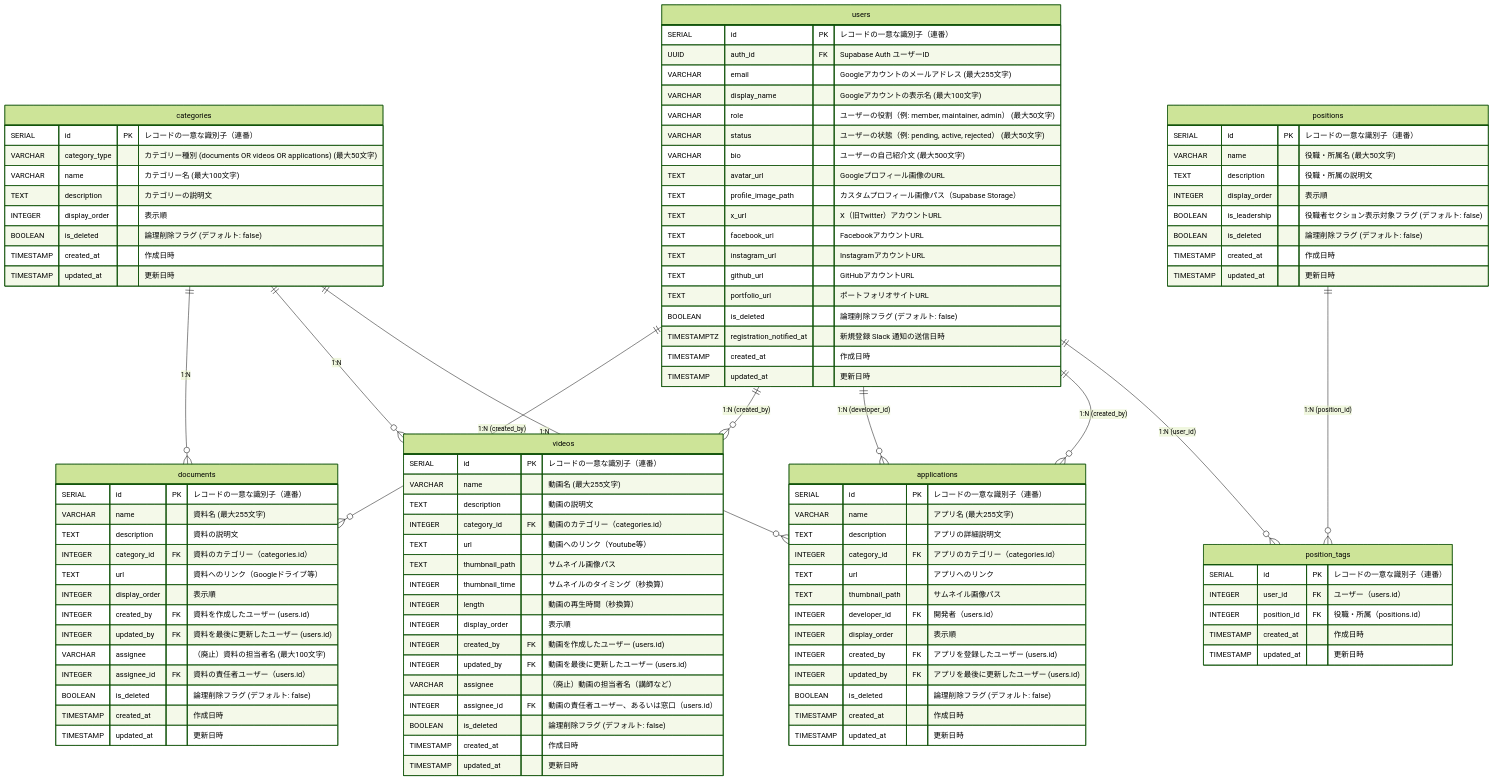
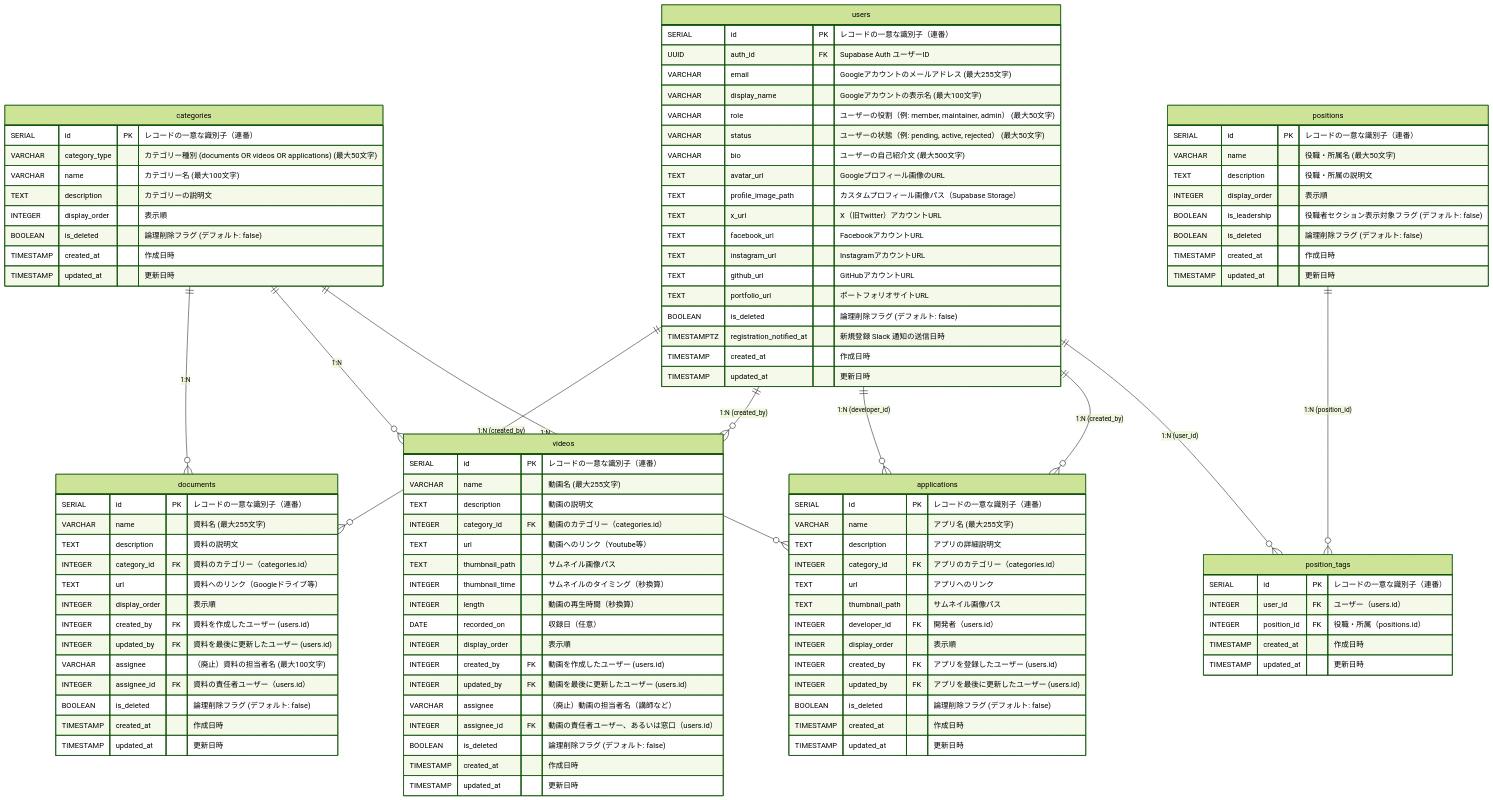
Before and after one commit to Singuralitylabs/portal-site: the diagram in docs/database.md, drawn with Mermaid (forest theme). The commit also changed other lines of this file and 2 other files, not shown here.

```diff
--- a/docs/database.md
+++ b/docs/database.md
@@ -211,6 +218,7 @@
         TEXT thumbnail_path "サムネイル画像パス"
         INTEGER thumbnail_time "サムネイルのタイミング（秒換算）"
         INTEGER length "動画の再生時間（秒換算）"
+        DATE recorded_on "収録日（任意）"
         INTEGER display_order "表示順"
         INTEGER created_by FK "動画を作成したユーザー (users.id)"
         INTEGER updated_by FK "動画を最後に更新したユーザー (users.id)"
```
